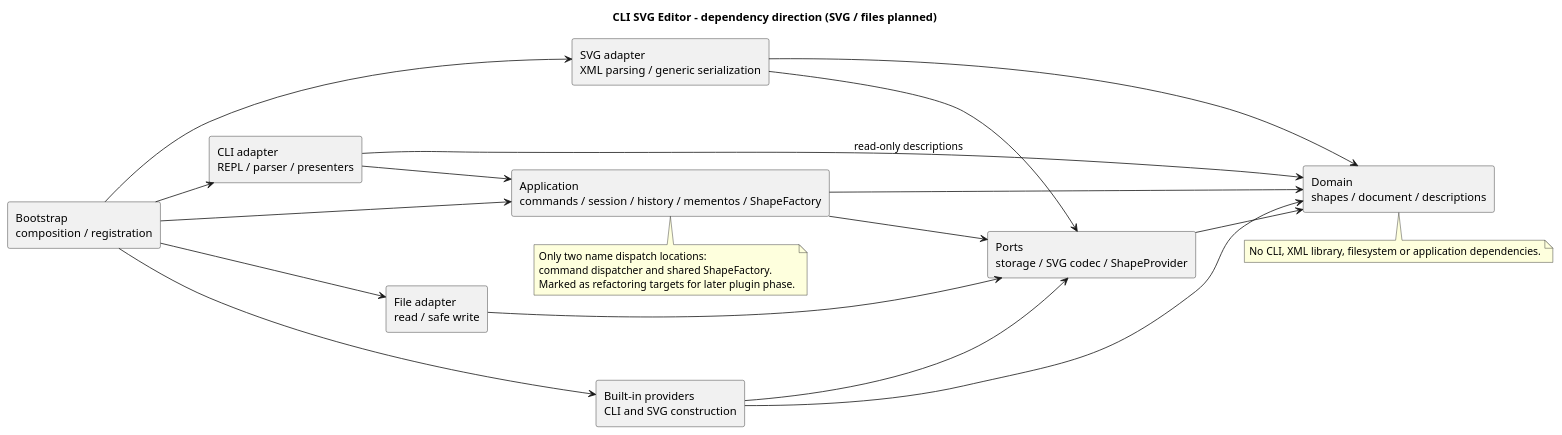
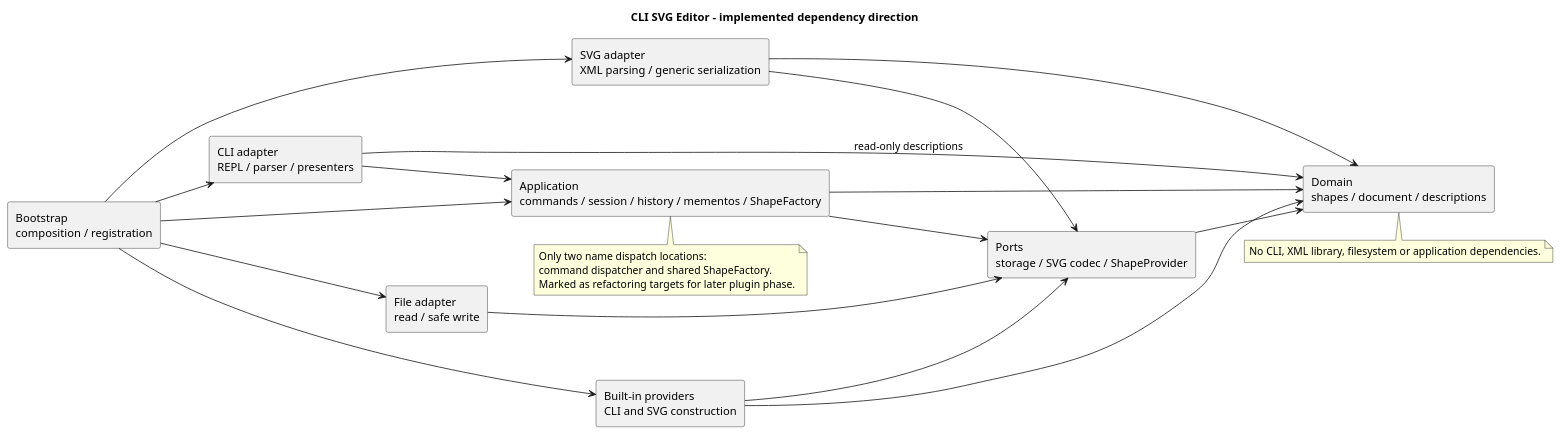
The diagram in doc/architecture.puml (Scoyn-X/CLI_SVG_EDITOR), drawn with PlantUML before and after one commit. The commit also changed 13 other files, not shown here.

```diff
--- a/doc/architecture.puml
+++ b/doc/architecture.puml
@@ -1,39 +1,39 @@
 @startuml
-title CLI SVG Editor - dependency direction (SVG / files planned)
+title CLI SVG Editor - implemented dependency direction
 skinparam componentStyle rectangle
 left to right direction
 
 component "CLI adapter\nREPL / parser / presenters" as CLI
 component "Application\ncommands / session / history / mementos / ShapeFactory" as APP
 component "Ports\nstorage / SVG codec / ShapeProvider" as PORTS
 component "Domain\nshapes / document / descriptions" as DOMAIN
 component "SVG adapter\nXML parsing / generic serialization" as SVG
 component "File adapter\nread / safe write" as FILES
 component "Built-in providers\nCLI and SVG construction" as PROVIDERS
 component "Bootstrap\ncomposition / registration" as BOOT
 
 CLI --> APP
 CLI --> DOMAIN : read-only descriptions
 APP --> DOMAIN
 APP --> PORTS
 PORTS --> DOMAIN
 SVG --> PORTS
 SVG --> DOMAIN
 FILES --> PORTS
 PROVIDERS --> PORTS
 PROVIDERS --> DOMAIN
 BOOT --> CLI
 BOOT --> APP
 BOOT --> SVG
 BOOT --> FILES
 BOOT --> PROVIDERS
 
 note bottom of DOMAIN
 No CLI, XML library, filesystem or application dependencies.
 end note
 note bottom of APP
 Only two name dispatch locations:
 command dispatcher and shared ShapeFactory.
 Marked as refactoring targets for later plugin phase.
 end note
 @enduml
```
